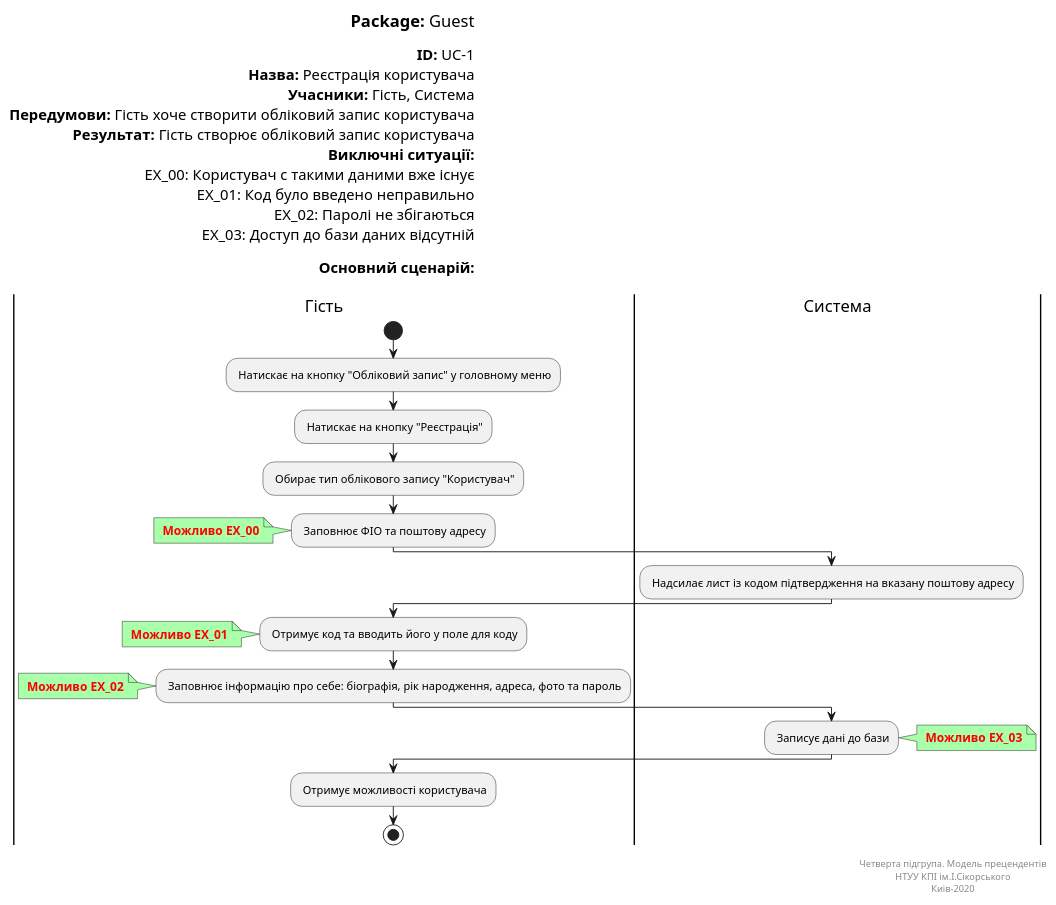
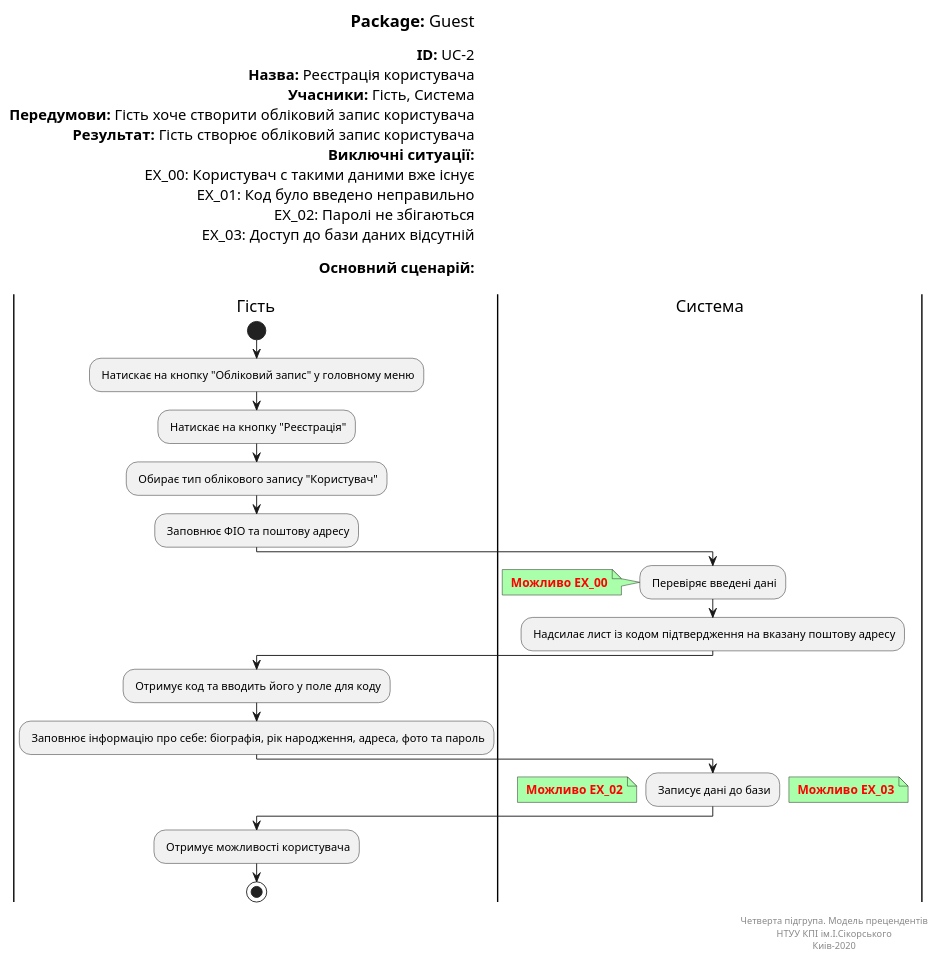
One commit to yehorbk/kpi-programming changed the diagram in UML/guest/Diagrams/UC2.pu. Above: the diagram before and after it, drawn with PlantUML.

```diff
--- a/UML/guest/Diagrams/UC2.pu
+++ b/UML/guest/Diagrams/UC2.pu
@@ -1,59 +1,58 @@
 @startuml
 left header
 <font color=000 size=18><b>Package:</b> Guest
 
-<font color=000 size=16><b>ID:</b> UC-1
+<font color=000 size=16><b>ID:</b> UC-2
 <font color=000 size=16><b>Назва:</b> Реєстрація користувача
 <font color=000 size=16><b>Учасники:</b> Гість, Система
 <font color=000 size=16><b>Передумови:</b> Гість хоче створити обліковий запис користувача
 <font color=000 size=16><b>Результат:</b> Гість створює обліковий запис користувача
 <font color=000 size=16><b>Виключні ситуації:</b>
 <font color=000 size=16> EX_00: Користувач с такими даними вже існує
 <font color=000 size=16> EX_01: Код було введено неправильно  
 <font color=000 size=16> EX_02: Паролі не збігаються
 <font color=000 size=16> EX_03: Доступ до бази даних відсутній
 
 <font color=000 size=16><b>Основний сценарій:</b>
 
 end header
 
 |Гість|
 start
 : Натискає на кнопку "Обліковий запис" у головному меню;
 : Натискає на кнопку "Реєстрація";
 : Обирає тип облікового запису "Користувач";
 : Заповнює ФІО та поштову адресу;
+
+|Система|
+: Перевіряє введені дані;
 note left #aaffaa
 <font color=red><b> Можливо EX_00
 end note
-
-|Система|
 : Надсилає лист із кодом підтвердження на вказану поштову адресу;
 
 |Гість|
 : Отримує код та вводить його у поле для коду;
-note left #aaffaa
-<font color=red><b> Можливо EX_01
-end note
+
 : Заповнює інформацію про себе: біографія, рік народження, адреса, фото та пароль;
+
+|Система|
+: Записує дані до бази;
 note left #aaffaa
 <font color=red><b> Можливо EX_02
 end note
-
-|Система|
-: Записує дані до бази;
 note right #aaffaa
 <font color=red><b> Можливо EX_03
 end note
 
 |Гість|
 : Отримує можливості користувача;
 stop;
 
 right footer
 
 Четверта підгрупа. Модель прецендентів
 НТУУ КПІ ім.І.Сікорського
 Киів-2020
 end footer
 @enduml
```
